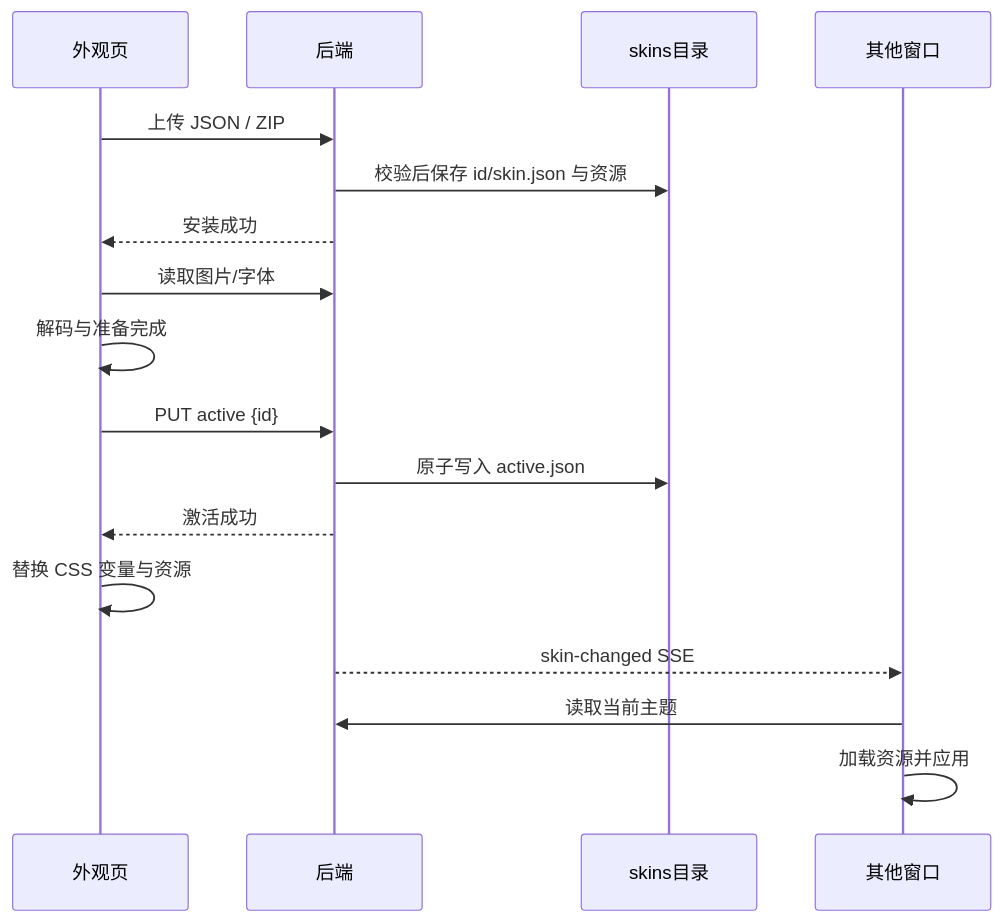
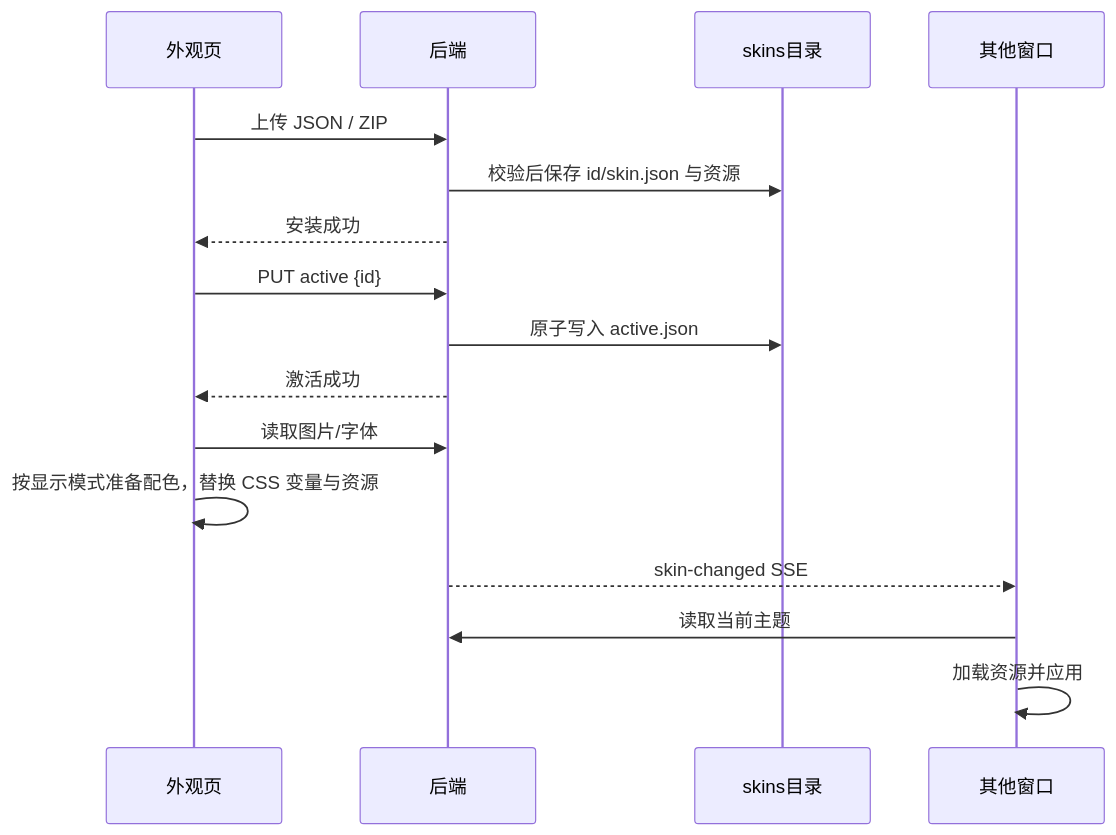
Before and after one commit to Penglai-Link/Tron-Harness: the diagram in tron-backend/crates/tron-harness-capability/skills/tron-theme-spec/references/format-and-loading.md, drawn with Mermaid. The commit also changed other lines of this file and 48 other files, not shown here.

````diff
--- a/tron-backend/crates/tron-harness-capability/skills/tron-theme-spec/references/format-and-loading.md
+++ b/tron-backend/crates/tron-harness-capability/skills/tron-theme-spec/references/format-and-loading.md
@@ -79,19 +96,18 @@
 ```mermaid
 sequenceDiagram
   participant U as 外观页
   participant B as 后端
   participant D as skins目录
   participant W as 其他窗口
   U->>B: 上传 JSON / ZIP
   B->>D: 校验后保存 id/skin.json 与资源
   B-->>U: 安装成功
-  U->>B: 读取图片/字体
-  U->>U: 解码与准备完成
   U->>B: PUT active {id}
   B->>D: 原子写入 active.json
   B-->>U: 激活成功
-  U->>U: 替换 CSS 变量与资源
+  U->>B: 读取图片/字体
+  U->>U: 按显示模式准备配色，替换 CSS 变量与资源
   B-->>W: skin-changed SSE
   W->>B: 读取当前主题
   W->>W: 加载资源并应用
 ```
````
